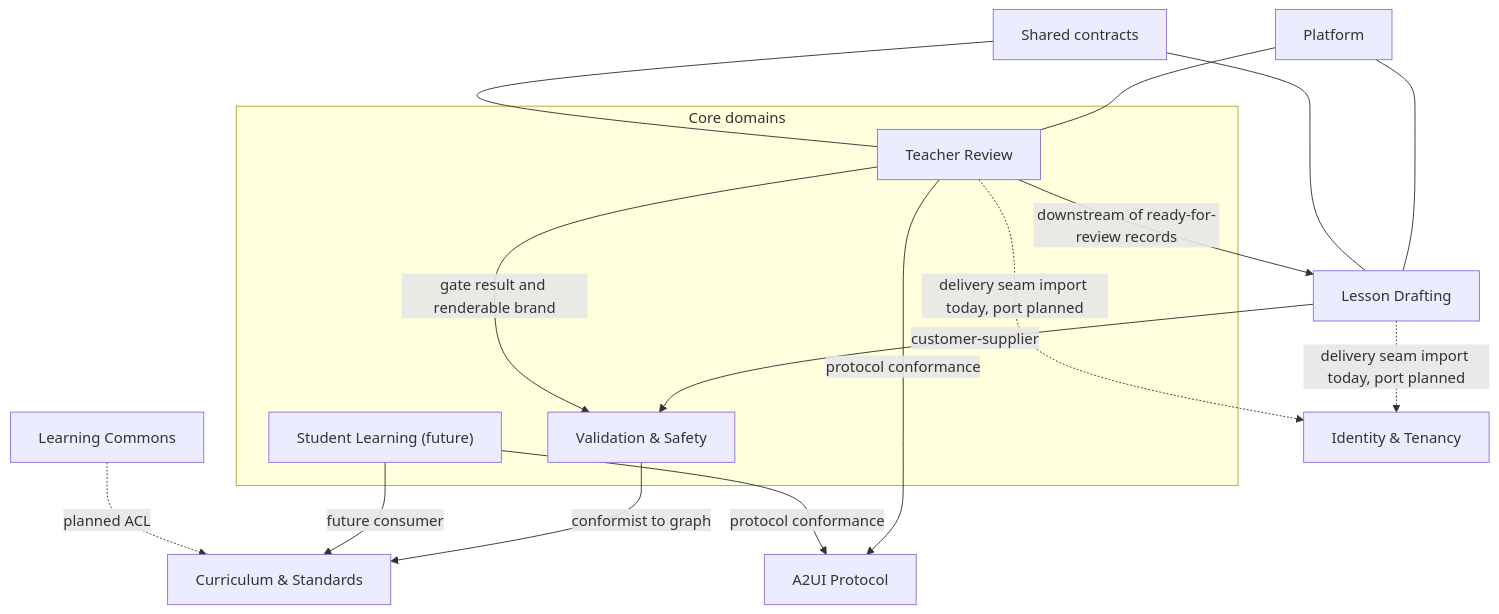
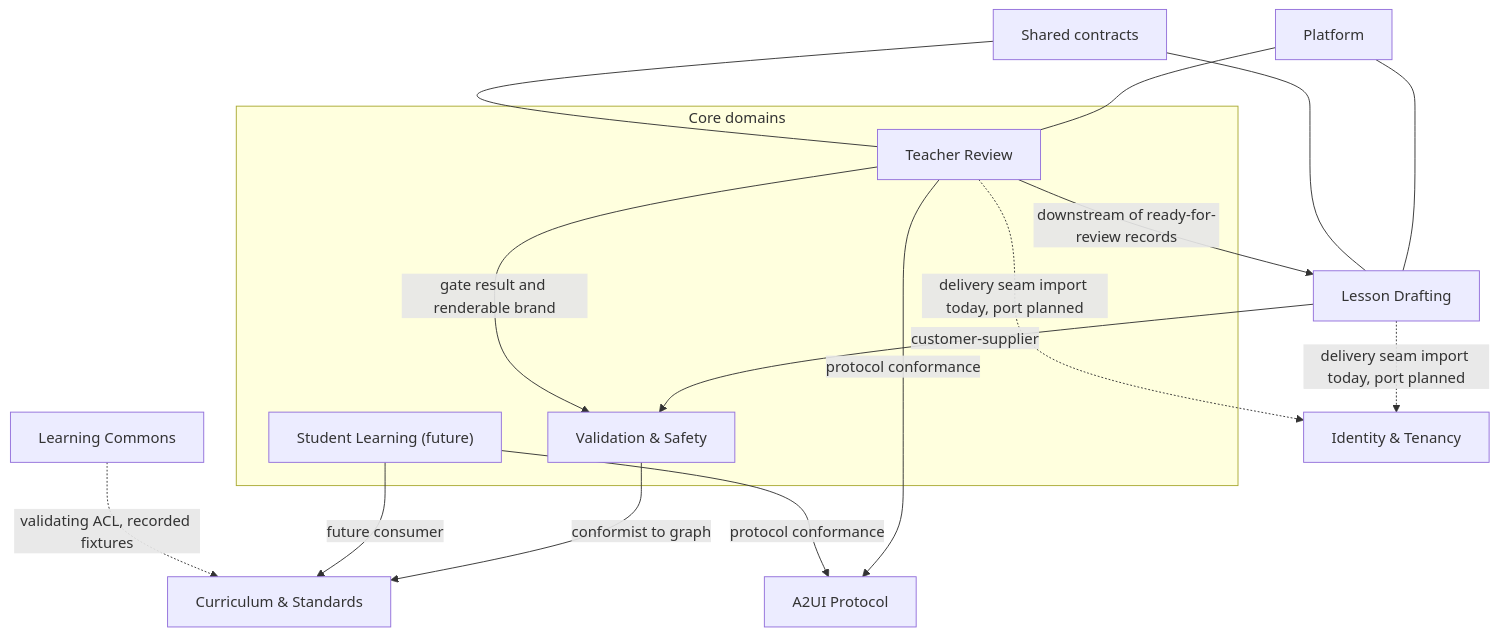
Before and after one commit to abodacs/edu-canvas: the second of 3 diagrams in ARCHITECTURE.md, drawn with Mermaid. The commit also changed other lines of this file and 4 other files, not shown here.

````diff
--- a/ARCHITECTURE.md
+++ b/ARCHITECTURE.md
@@ -143,22 +143,22 @@
 ```mermaid
 flowchart TB
     subgraph core["Core domains"]
         V["Validation & Safety"]
         R["Teacher Review"]
         S["Student Learning (future)"]
     end
     D["Lesson Drafting"] -->|customer-supplier| V
     V -->|conformist to graph| C["Curriculum & Standards"]
     S -->|future consumer| C
     R -->|downstream of ready-for-review records| D
     R -->|gate result and renderable brand| V
     R -->|protocol conformance| A["A2UI Protocol"]
     S -->|protocol conformance| A
-    LC["Learning Commons"] -.->|planned ACL| C
+    LC["Learning Commons"] -.->|validating ACL, recorded fixtures| C
     D -.->|delivery seam import today, port planned| I["Identity & Tenancy"]
     R -.->|delivery seam import today, port planned| I
     P["Platform"] --- D
     P --- R
     SH["Shared contracts"] --- D
     SH --- R
 ```
````
